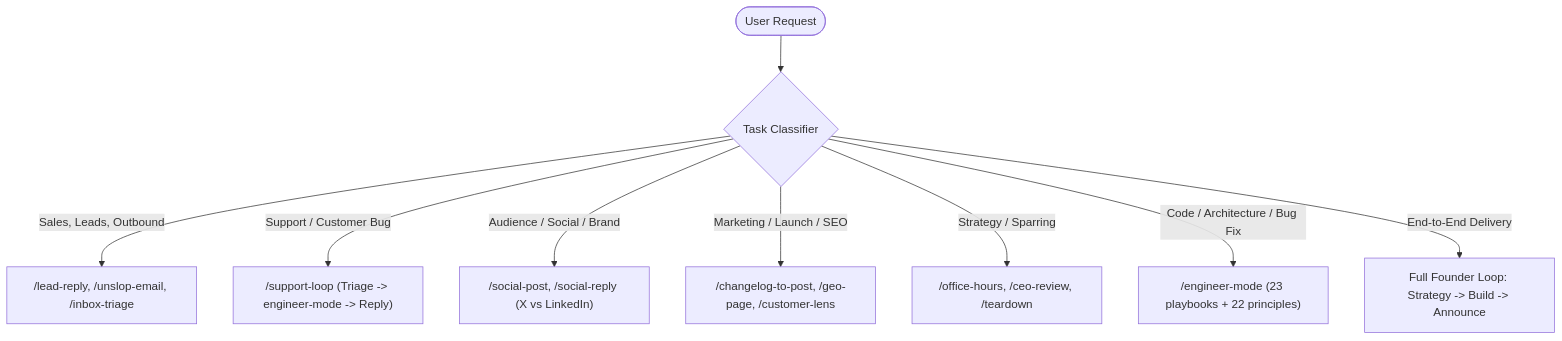
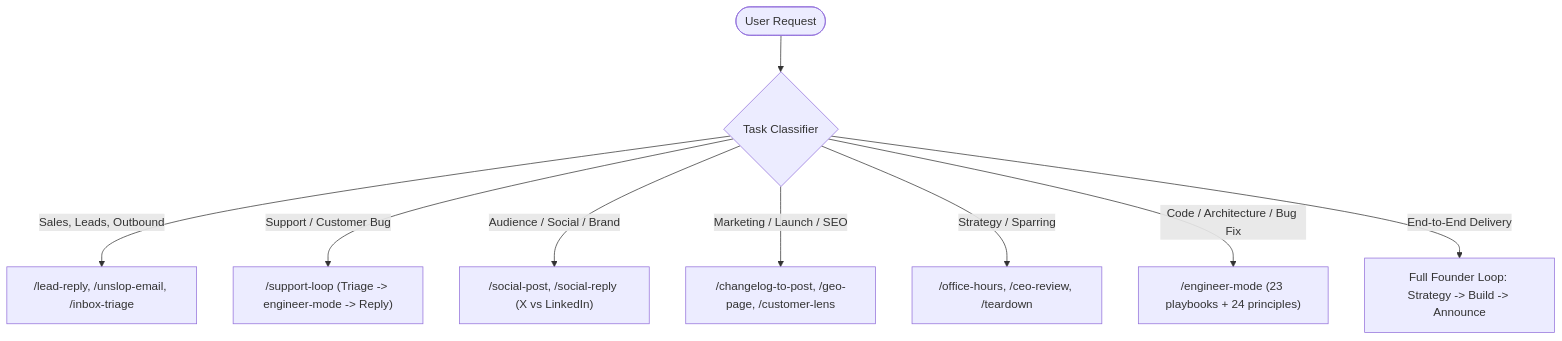
One commit to Scino/fstack changed the diagram in skills/fstack/SKILL.md. Above: the diagram before and after it, drawn with Mermaid. The commit also changed other lines of this file and 54 other files, not shown here.

First line of the commit message:
:rocket: release: v1.1.0 port pstack 0.15 into engineer-mode

````diff
--- a/skills/fstack/SKILL.md
+++ b/skills/fstack/SKILL.md
@@ -25,12 +25,12 @@
 ```mermaid
 graph TD
     UserRequest([User Request]) --> Router{Task Classifier}
     
     Router -->|"Sales, Leads, Outbound"| Sales["/lead-reply, /unslop-email, /inbox-triage"]
     Router -->|"Support / Customer Bug"| Support["/support-loop (Triage -> engineer-mode -> Reply)"]
     Router -->|"Audience / Social / Brand"| Social["/social-post, /social-reply (X vs LinkedIn)"]
     Router -->|"Marketing / Launch / SEO"| Marketing["/changelog-to-post, /geo-page, /customer-lens"]
     Router -->|"Strategy / Sparring"| Strategy["/office-hours, /ceo-review, /teardown"]
-    Router -->|"Code / Architecture / Bug Fix"| Eng["/engineer-mode (23 playbooks + 22 principles)"]
+    Router -->|"Code / Architecture / Bug Fix"| Eng["/engineer-mode (23 playbooks + 24 principles)"]
     Router -->|"End-to-End Delivery"| FullLoop["Full Founder Loop: Strategy -> Build -> Announce"]
 ```
````
